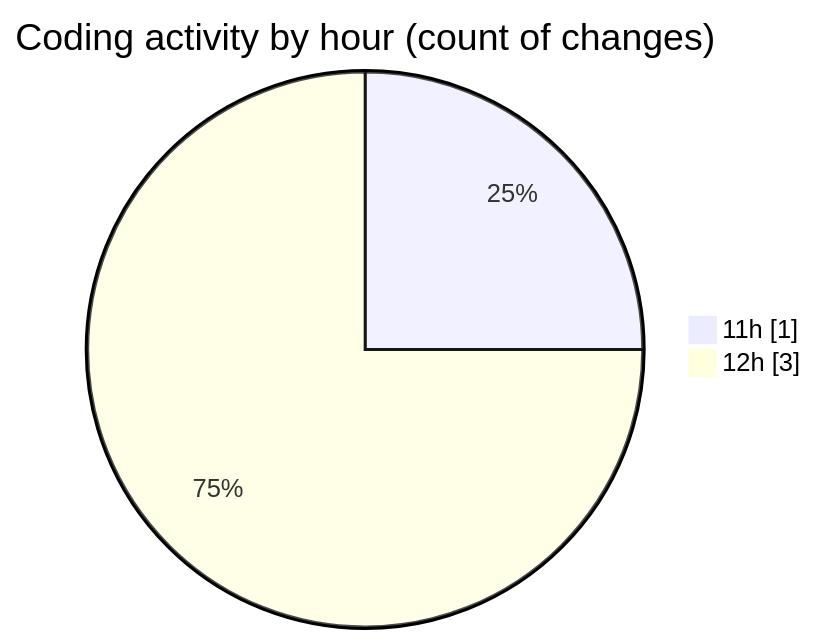
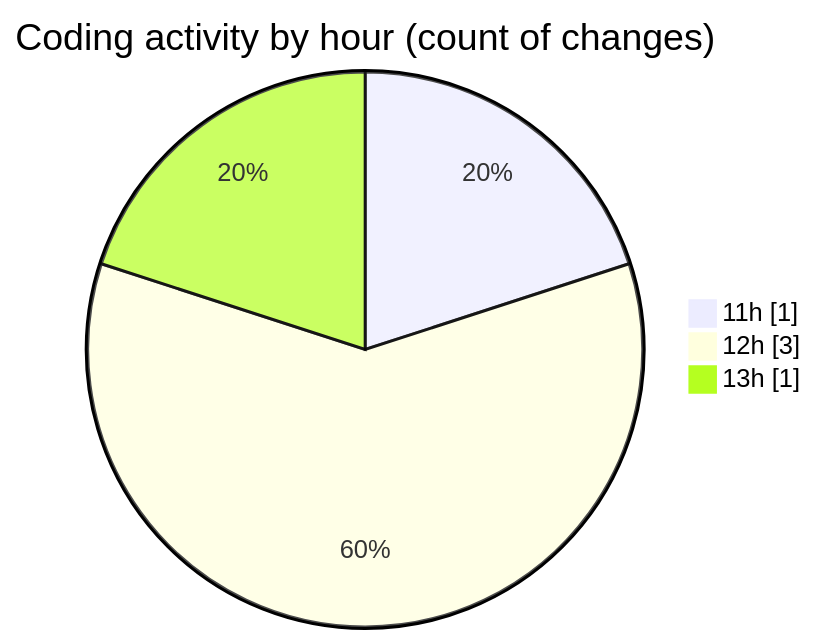
One commit to LanceThiago/code-tracking changed the second of 2 diagrams in 2026-06-24/web/README.md. Above: the diagram before and after it, drawn with Mermaid. The commit also changed other lines of this file and 1 other file, not shown here.

````diff
--- a/2026-06-24/web/README.md
+++ b/2026-06-24/web/README.md
@@ -29,6 +30,7 @@
 ```mermaid
 pie showData
 title Coding activity by hour (count of changes)
 "11h" : 1
 "12h" : 3
+"13h" : 1
 ```
````
